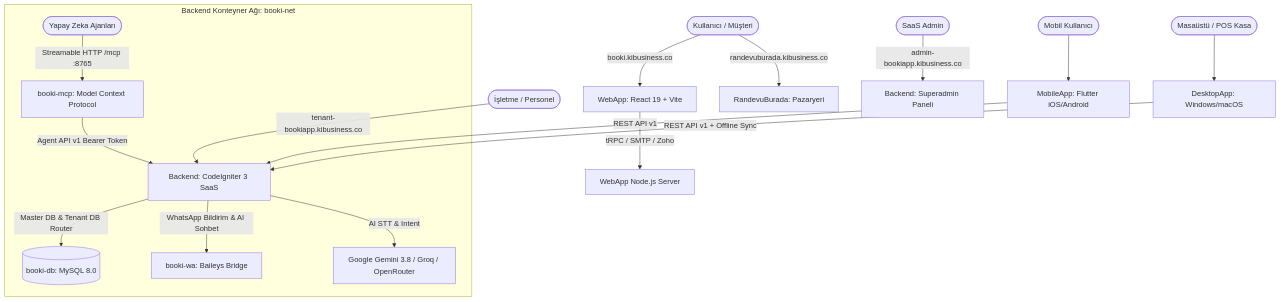
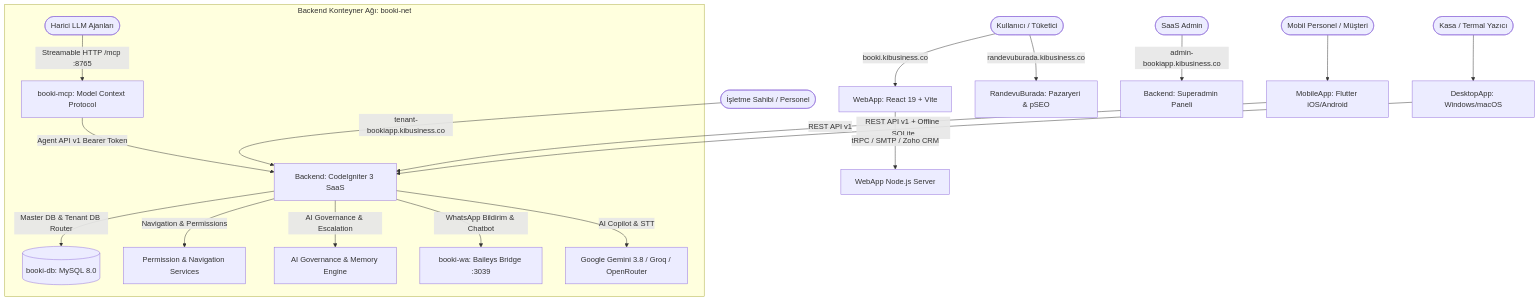
Before and after one commit to miracmk/booki-saas: the diagram in PROJECTMAP.md, drawn with Mermaid. The commit also changed other lines of this file and 2 other files, not shown here.

Commit message:
docs: comprehensive update to README and PROJECTMAP reflecting vertical-first architecture, role-permission engine, and AI governance

````diff
--- a/PROJECTMAP.md
+++ b/PROJECTMAP.md
@@ -14,21 +14,23 @@
 ```mermaid
 flowchart TD
-    User([Kullanıcı / Müşteri]) -->|booki.kibusiness.co| WebApp[WebApp: React 19 + Vite]
-    User -->|randevuburada.kibusiness.co| RB[RandevuBurada: Pazaryeri]
-    TenantUser([İşletme / Personel]) -->|tenant-bookiapp.kibusiness.co| App[Backend: CodeIgniter 3 SaaS]
+    User([Kullanıcı / Tüketici]) -->|booki.kibusiness.co| WebApp[WebApp: React 19 + Vite]
+    User -->|randevuburada.kibusiness.co| RB[RandevuBurada: Pazaryeri & pSEO]
+    TenantUser([İşletme Sahibi / Personel]) -->|tenant-bookiapp.kibusiness.co| App[Backend: CodeIgniter 3 SaaS]
     SuperAdmin([SaaS Admin]) -->|admin-bookiapp.kibusiness.co| Super[Backend: Superadmin Paneli]
-    MobileUser([Mobil Kullanıcı]) --> MobileApp[MobileApp: Flutter iOS/Android]
-    DesktopUser([Masaüstü / POS Kasa]) --> DesktopApp[DesktopApp: Windows/macOS]
+    MobileUser([Mobil Personel / Müşteri]) --> MobileApp[MobileApp: Flutter iOS/Android]
+    DesktopUser([Kasa / Termal Yazıcı]) --> DesktopApp[DesktopApp: Windows/macOS]
 
     MobileApp -->|REST API v1| App
-    DesktopApp -->|REST API v1 + Offline Sync| App
-    WebApp -->|tRPC / SMTP / Zoho| WebNode[WebApp Node.js Server]
+    DesktopApp -->|REST API v1 + Offline SQLite| App
+    WebApp -->|tRPC / SMTP / Zoho CRM| WebNode[WebApp Node.js Server]
 
     subgraph Backend_Services [Backend Konteyner Ağı: booki-net]
         App -->|Master DB & Tenant DB Router| DB[(booki-db: MySQL 8.0)]
-        App -->|WhatsApp Bildirim & AI Sohbet| WABridge[booki-wa: Baileys Bridge]
-        AIAgents([Yapay Zeka Ajanları]) -->|Streamable HTTP /mcp :8765| MCP[booki-mcp: Model Context Protocol]
+        App -->|Navigation & Permissions| PermSec[Permission & Navigation Services]
+        App -->|AI Governance & Escalation| AIGov[AI Governance & Memory Engine]
+        App -->|WhatsApp Bildirim & Chatbot| WABridge[booki-wa: Baileys Bridge :3039]
+        AIAgents([Harici LLM Ajanları]) -->|Streamable HTTP /mcp :8765| MCP[booki-mcp: Model Context Protocol]
         MCP -->|Agent API v1 Bearer Token| App
-        App -->|AI STT & Intent| LLM[Google Gemini 3.8 / Groq / OpenRouter]
+        App -->|AI Copilot & STT| LLM[Google Gemini 3.8 / Groq / OpenRouter]
     end
 ```
````
